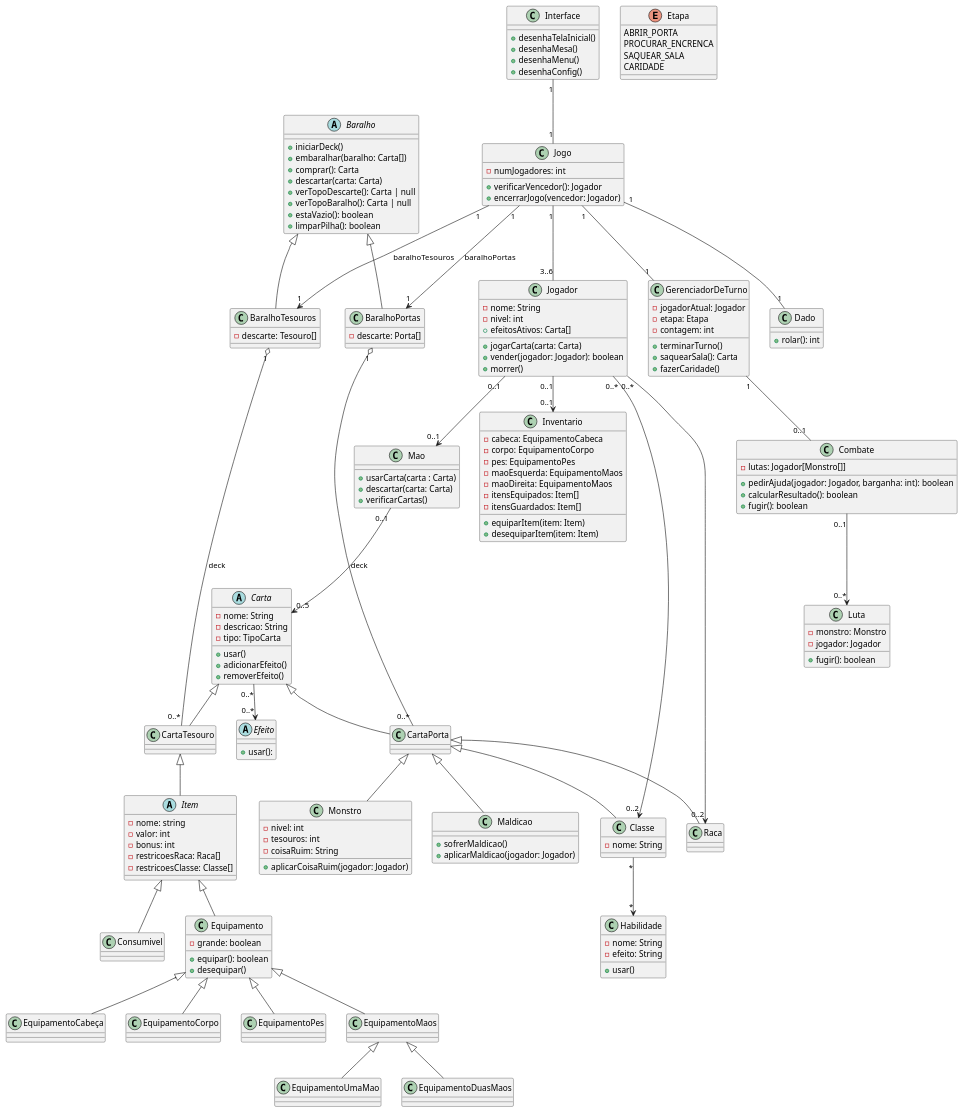
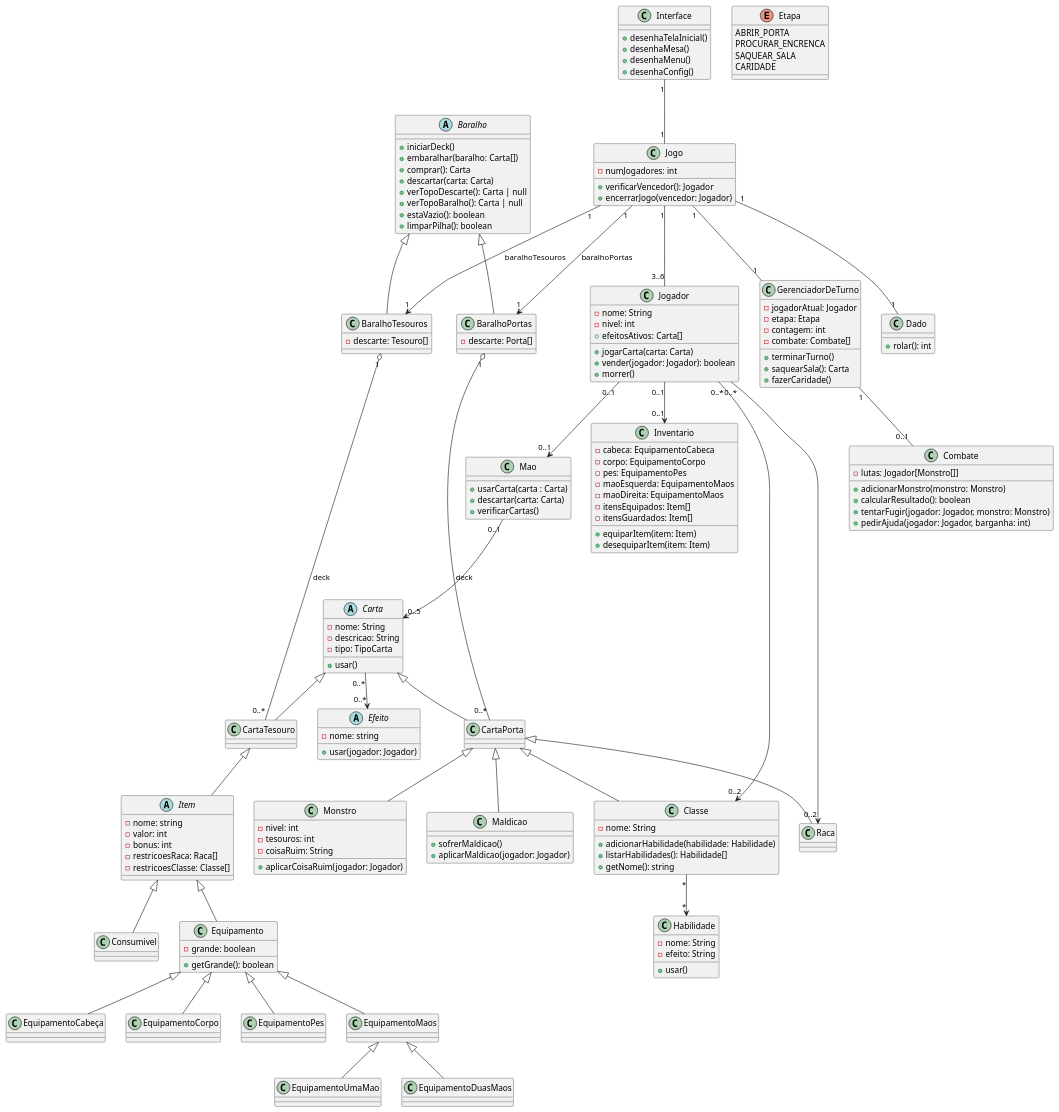
One commit to sricardov/munchkin-ps changed the diagram in src/diagrams/diagrama-de-classes.puml. Above: the diagram before and after it, drawn with PlantUML. The commit also changed 14 other files, not shown here.

```diff
--- a/src/diagrams/diagrama-de-classes.puml
+++ b/src/diagrams/diagrama-de-classes.puml
@@ -1,200 +1,196 @@
 @startuml
 class Interface {
   + desenhaTelaInicial()
   + desenhaMesa()
   + desenhaMenu()
   + desenhaConfig()
 }
 
 class Jogo {
   - numJogadores: int
   + verificarVencedor(): Jogador
   + encerrarJogo(vencedor: Jogador)
 }
 
 class Dado {
   + rolar(): int
 }
 
 class Jogador {
   - nome: String
   - nivel: int
   + efeitosAtivos: Carta[]
   + jogarCarta(carta: Carta)
   + vender(jogador: Jogador): boolean
   + morrer()
 }
 
 class GerenciadorDeTurno {
   - jogadorAtual: Jogador
   - etapa: Etapa
   - contagem: int
+  - combate: Combate[]
   + terminarTurno()
   + saquearSala(): Carta
   + fazerCaridade()
 }
 
 class Mao {
   + usarCarta(carta : Carta)
   + descartar(carta: Carta)
   + verificarCartas()
 }
 
 class Inventario {
   - cabeca: EquipamentoCabeca
   - corpo: EquipamentoCorpo
   - pes: EquipamentoPes
   - maoEsquerda: EquipamentoMaos
   - maoDireita: EquipamentoMaos
   - itensEquipados: Item[]
   - itensGuardados: Item[]
   + equiparItem(item: Item)
   + desequiparItem(item: Item)
 }
 
-class Luta {
-  - monstro: Monstro
-  - jogador: Jogador
-  + fugir(): boolean
-}
-
 class Combate {
   - lutas: Jogador[Monstro[]]
-  + pedirAjuda(jogador: Jogador, barganha: int): boolean
+  + adicionarMonstro(monstro: Monstro)
   + calcularResultado(): boolean
-  + fugir(): boolean
+  + tentarFugir(jogador: Jogador, monstro: Monstro)
+  + pedirAjuda(jogador: Jogador, barganha: int)
 }
 
 abstract class Efeito {
- + usar():
+  - nome: string
+  + usar(jogador: Jogador)
 }
 
 enum Etapa {
   ABRIR_PORTA
   PROCURAR_ENCRENCA
   SAQUEAR_SALA
   CARIDADE
 }
 
 abstract class Carta {
   - nome: String
   - descricao: String
   - tipo: TipoCarta
   + usar()
-  + adicionarEfeito()
-  + removerEfeito()
 }
 
 class Monstro extends CartaPorta {
   - nivel: int
   - tesouros: int
   - coisaRuim: String
   + aplicarCoisaRuim(jogador: Jogador)
 }
 
 class Maldicao extends CartaPorta {
   + sofrerMaldicao()
   + aplicarMaldicao(jogador: Jogador)
 }
 
 abstract class Item extends CartaTesouro {
   - nome: string
   - valor: int
   - bonus: int
   - restricoesRaca: Raca[]
   - restricoesClasse: Classe[]
 }
 
 class Equipamento extends Item {
   - grande: boolean
-  + equipar(): boolean
-  + desequipar()
+  + getGrande(): boolean
 }
 
 class EquipamentoCabeça extends Equipamento {
 
 }
 
 class EquipamentoCorpo extends Equipamento {
 
 }
 
 class EquipamentoPes extends Equipamento {
 
 }
 
 class EquipamentoMaos extends Equipamento {
 
 }
 class EquipamentoUmaMao extends EquipamentoMaos {
 
 }
 
 class EquipamentoDuasMaos extends EquipamentoMaos {
 
 }
 
 
 class Consumivel extends Item {
 
 }
 
 abstract class Baralho {
   + iniciarDeck()
   + embaralhar(baralho: Carta[])
   + comprar(): Carta
   + descartar(carta: Carta)
   + verTopoDescarte(): Carta | null
   + verTopoBaralho(): Carta | null
   + estaVazio(): boolean
   + limparPilha(): boolean
 }
 
 class BaralhoPortas extends Baralho {
   - descarte: Porta[]
 }
 
 class BaralhoTesouros extends Baralho {
   - descarte: Tesouro[]
 }
 
 class CartaPorta extends Carta {
 
 }
 
 class CartaTesouro extends Carta {
 
 }
 
 class Raca extends CartaPorta {
 
 }
 
 class Classe extends CartaPorta {
   - nome: String
+  + adicionarHabilidade(habilidade: Habilidade)
+  + listarHabilidades(): Habilidade[]
+  + getNome(): string
 }
 
 class Habilidade {
   - nome: String
   - efeito: String
   + usar()
 }
 
 Interface "1" -- "1" Jogo
 Jogo "1" -- "3..6" Jogador
 Jogo "1" -- "1" Dado
 Jogo "1" -- "1" GerenciadorDeTurno
 Jogo "1" --> "1" BaralhoPortas : baralhoPortas
 Jogo "1" --> "1" BaralhoTesouros : baralhoTesouros
 Jogador "0..1" --> "0..1" Mao
 Jogador "0..1" --> "0..1" Inventario
 GerenciadorDeTurno "1" -- "0..1" Combate
-Combate "0..1" --> "0..*" Luta
 Mao "0..1" --> "0..5" Carta
 Carta "0..*" --> "0..*" Efeito
 Jogador "0..*" --> "0..2" Raca
 Jogador "0..*" --> "0..2" Classe
 Classe "*" --> "*" Habilidade
 BaralhoPortas "1" o-- "0..*" CartaPorta : deck
 BaralhoTesouros "1" o-- "0..*" CartaTesouro : deck
 @enduml
```
